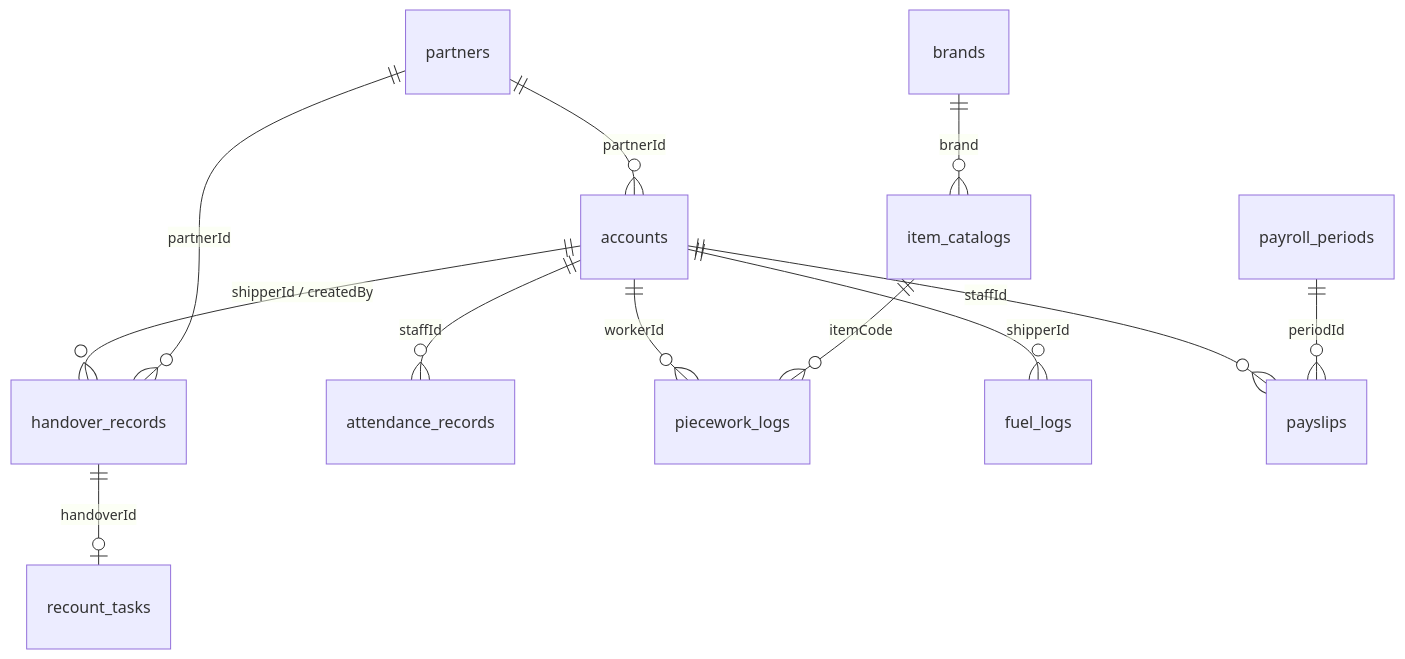
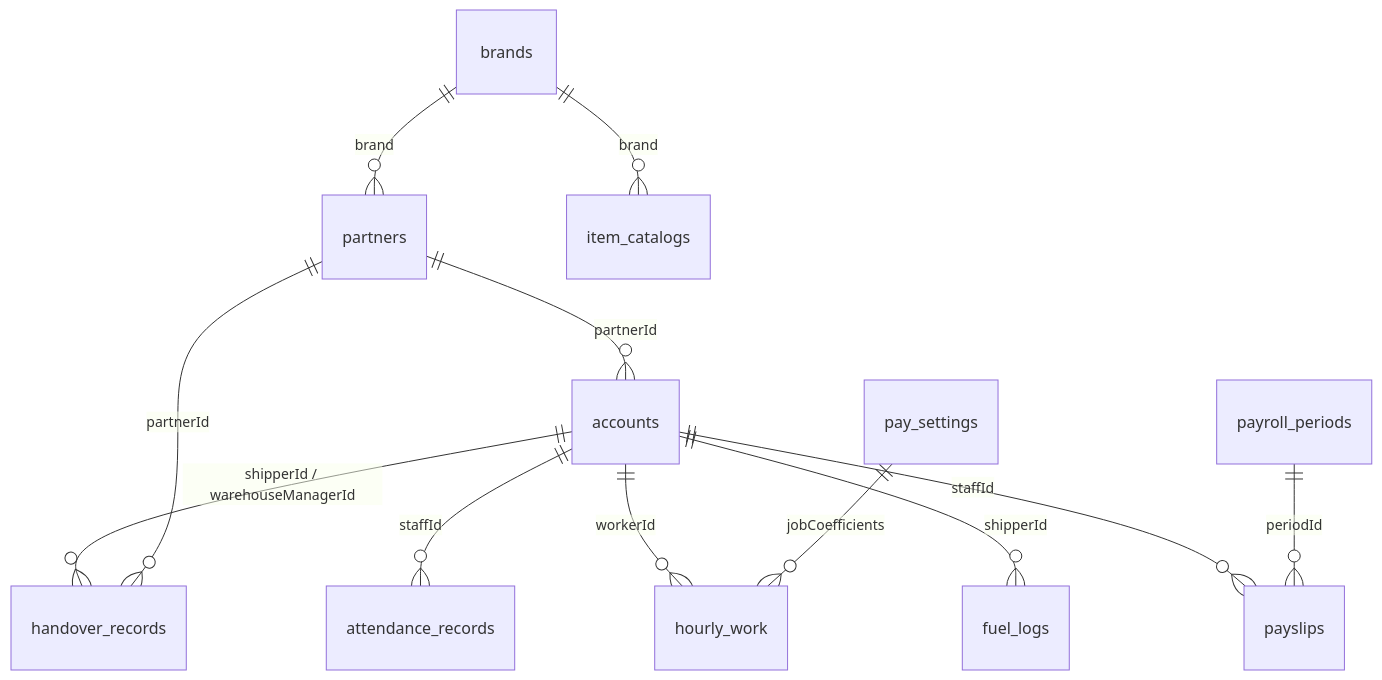
Before and after one commit to huyhoang011004/Project_Thanh_Xuan_Company: the second of 3 diagrams in .agents/docs/DATABASE_DICTIONARY.md, drawn with Mermaid. The commit also changed other lines of this file and 12 other files, not shown here.

````diff
--- a/.agents/docs/DATABASE_DICTIONARY.md
+++ b/.agents/docs/DATABASE_DICTIONARY.md
@@ -37,14 +37,14 @@
 ```mermaid
 erDiagram
-    accounts ||--o{ handover_records : "shipperId / createdBy"
+    accounts ||--o{ handover_records : "shipperId / warehouseManagerId"
     accounts ||--o{ attendance_records : "staffId"
-    accounts ||--o{ piecework_logs : "workerId"
+    accounts ||--o{ hourly_work : "workerId"
     accounts ||--o{ fuel_logs : "shipperId"
     accounts ||--o{ payslips : "staffId"
+    brands ||--o{ partners : "brand"
     partners ||--o{ accounts : "partnerId"
     partners ||--o{ handover_records : "partnerId"
     brands ||--o{ item_catalogs : "brand"
-    item_catalogs ||--o{ piecework_logs : "itemCode"
-    handover_records ||--o| recount_tasks : "handoverId"
+    pay_settings ||--o{ hourly_work : "jobCoefficients"
     payroll_periods ||--o{ payslips : "periodId"
 ```
````
